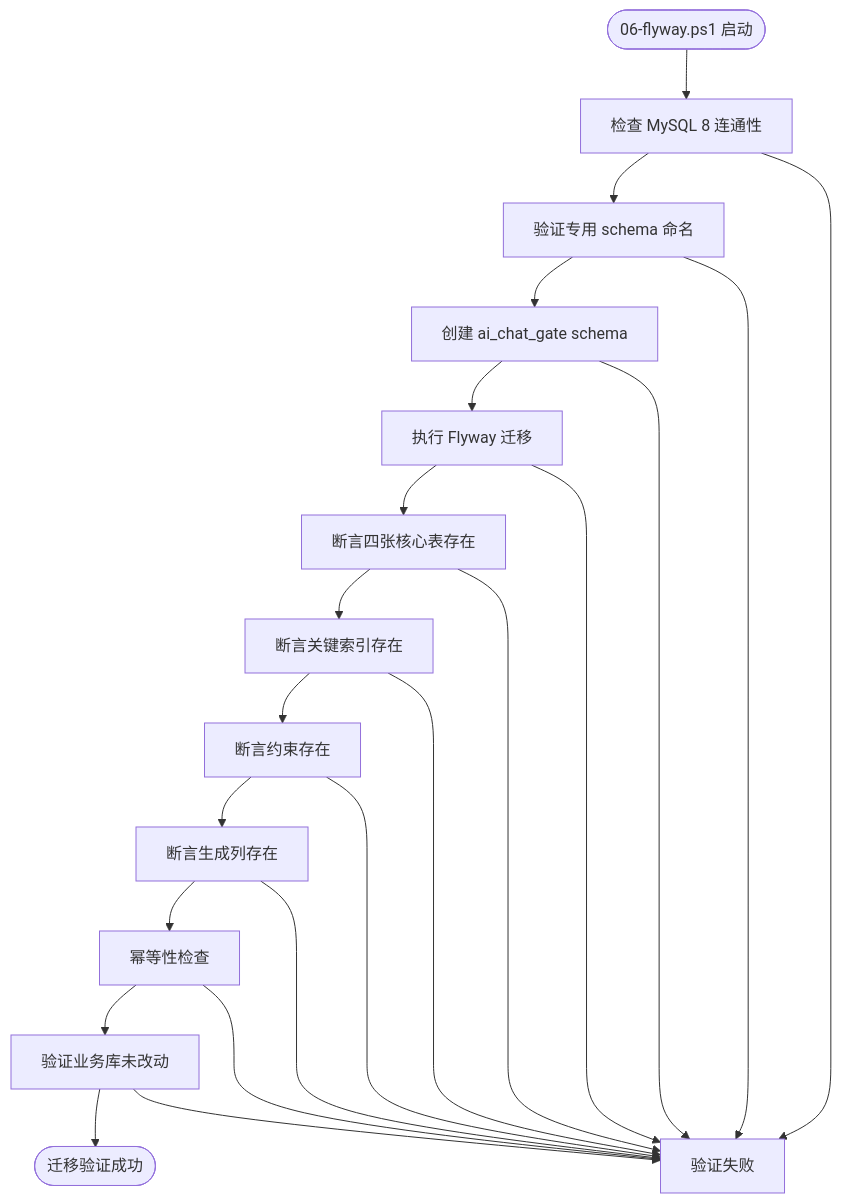
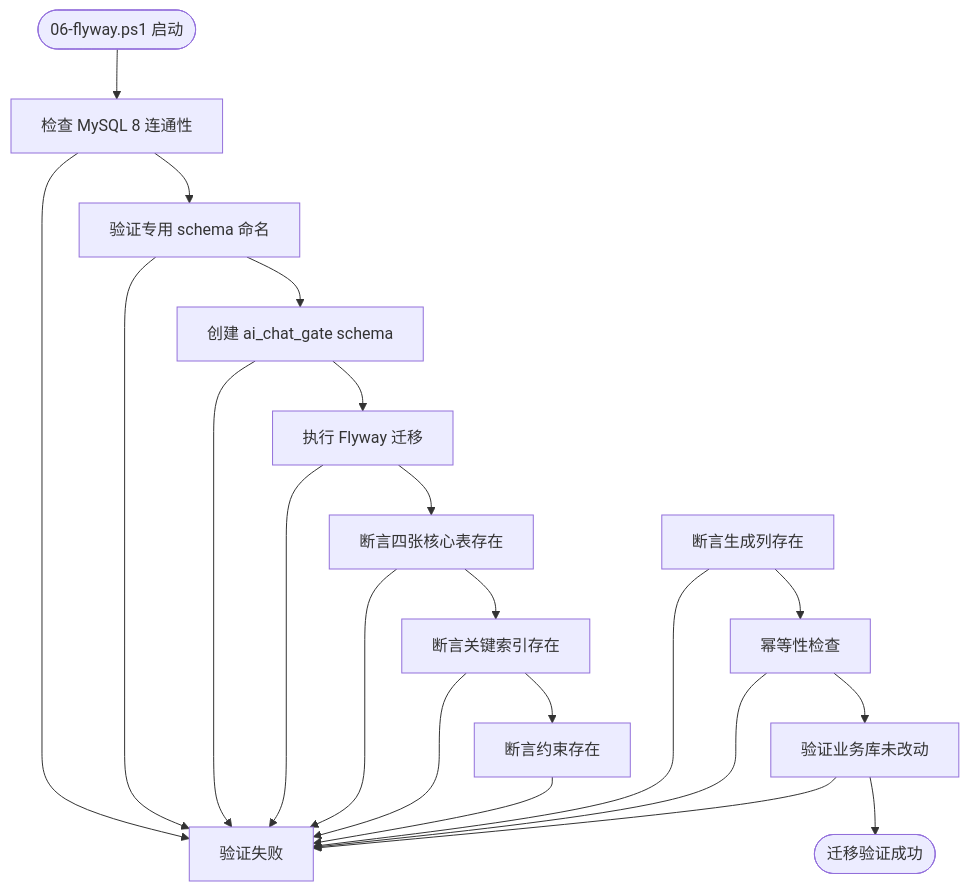
The ninth of 10 diagrams in .qoder/repowiki/zh/content/架构设计/架构设计.md (luyitiger6/my-first-project), drawn with Mermaid before and after one commit. The commit also changed other lines of this file and 44 other files, not shown here.

````diff
--- a/.qoder/repowiki/zh/content/架构设计/架构设计.md
+++ b/.qoder/repowiki/zh/content/架构设计/架构设计.md
@@ -433,24 +434,23 @@
 ```mermaid
 flowchart TD
 Start(["06-flyway.ps1 启动"]) --> CheckMySQL["检查 MySQL 8 连通性"]
 CheckMySQL --> ValidateSchema["验证专用 schema 命名"]
 ValidateSchema --> CreateSchema["创建 ai_chat_gate schema"]
 CreateSchema --> RunMigration["执行 Flyway 迁移"]
 RunMigration --> AssertTables["断言四张核心表存在"]
 AssertTables --> AssertIndexes["断言关键索引存在"]
 AssertIndexes --> AssertConstraints["断言约束存在"]
-AssertConstraints --> AssertGenerated["断言生成列存在"]
-AssertGenerated --> IdempotencyCheck["幂等性检查"]
+AssertGenerated["断言生成列存在"] --> IdempotencyCheck["幂等性检查"]
 IdempotencyCheck --> BusinessDbCheck["验证业务库未改动"]
 BusinessDbCheck --> Success(["迁移验证成功"])
 CheckMySQL --> Fail["验证失败"]
 ValidateSchema --> Fail
 CreateSchema --> Fail
 RunMigration --> Fail
 AssertTables --> Fail
 AssertIndexes --> Fail
 AssertConstraints --> Fail
 AssertGenerated --> Fail
 IdempotencyCheck --> Fail
 BusinessDbCheck --> Fail
 ```
````
